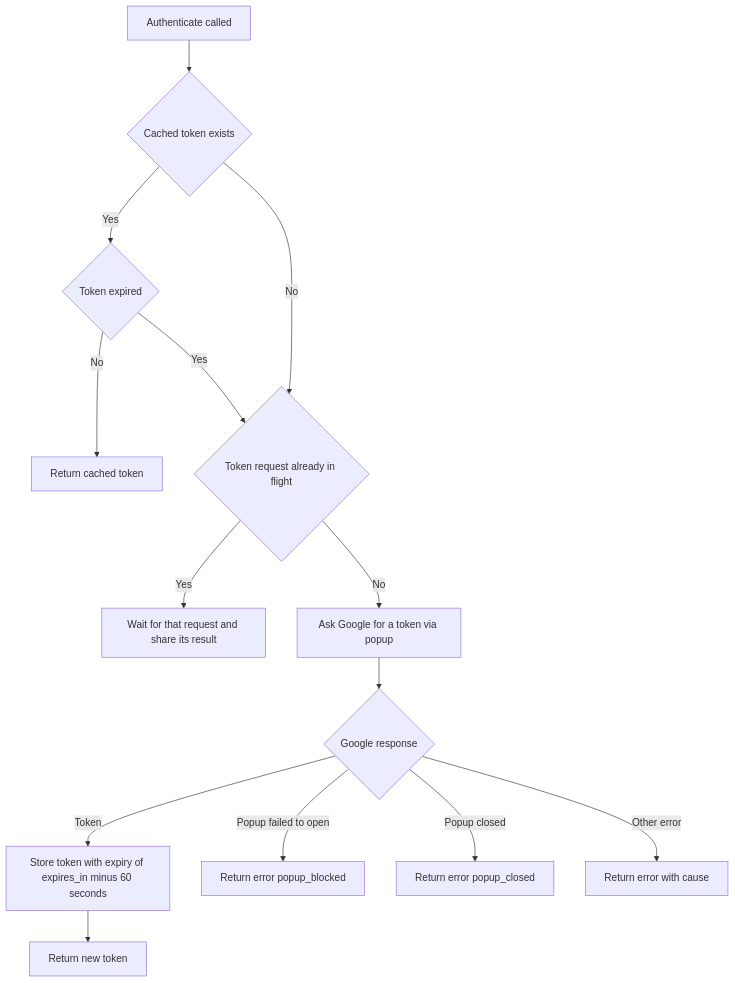
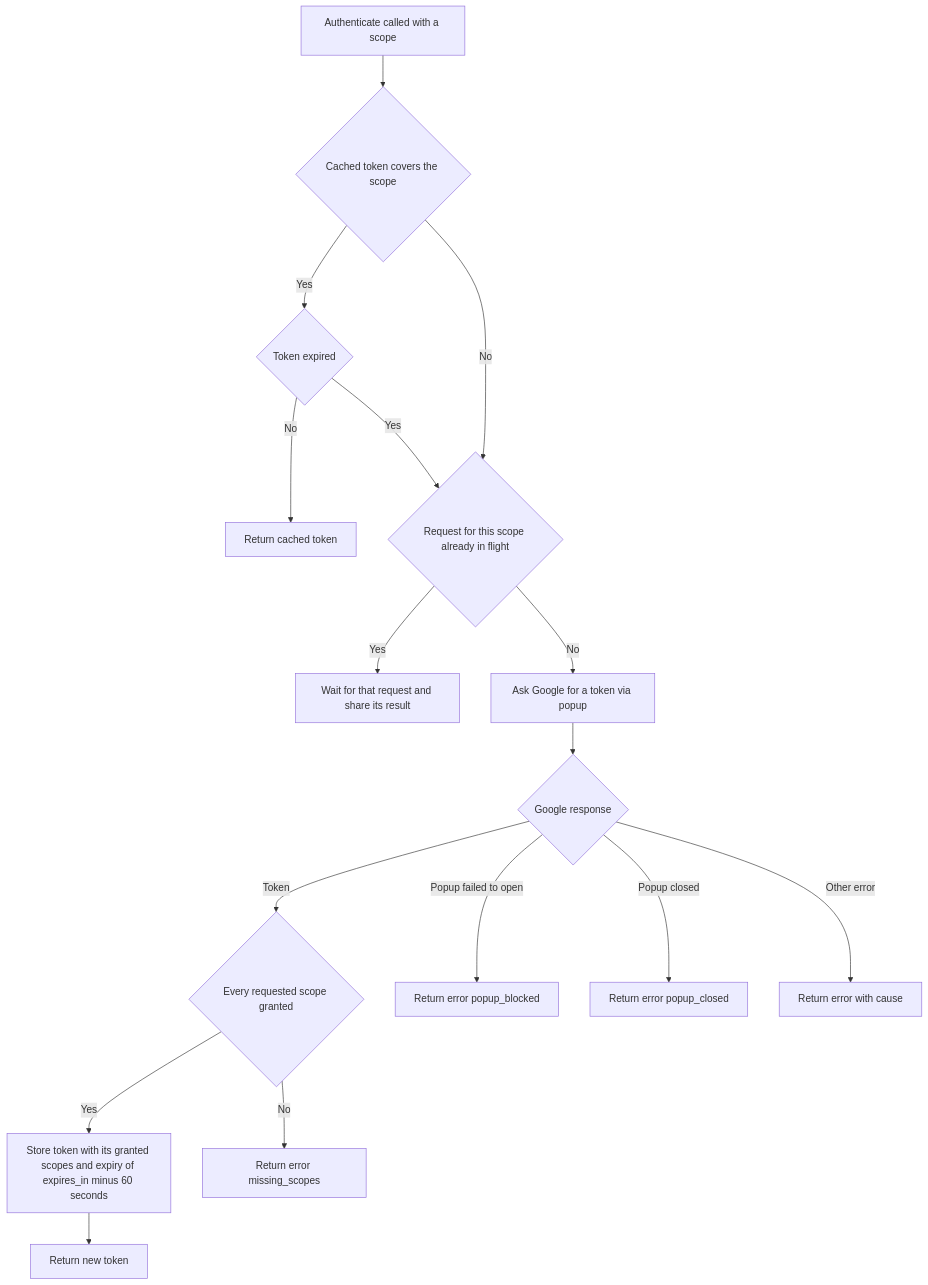
Before and after one commit to chromium-full-mirror/external_github.com_google_perfetto: the diagram in ui/src/plugins/dev.perfetto.GoogleDrive/README.md, drawn with Mermaid. The commit also changed other lines of this file and 6 other files, not shown here.

Commit message:
ui: Use hasGrantedAllScopes and move promptModal/alertModal to widgets/modal

````diff
--- a/ui/src/plugins/dev.perfetto.GoogleDrive/README.md
+++ b/ui/src/plugins/dev.perfetto.GoogleDrive/README.md
@@ -18,16 +18,18 @@
 ```mermaid
 graph TD
-    A[Authenticate called] --> B{Cached token exists}
+    A[Authenticate called with a scope] --> B{Cached token covers the scope}
     B -->|Yes| C{Token expired}
     C -->|No| D[Return cached token]
-    C -->|Yes| E{Token request already in flight}
+    C -->|Yes| E{Request for this scope already in flight}
     B -->|No| E
     E -->|Yes| F[Wait for that request and share its result]
     E -->|No| G[Ask Google for a token via popup]
     G --> H{Google response}
-    H -->|Token| I[Store token with expiry of expires_in minus 60 seconds]
+    H -->|Token| N{Every requested scope granted}
+    N -->|Yes| I[Store token with its granted scopes and expiry of expires_in minus 60 seconds]
     I --> J[Return new token]
+    N -->|No| O[Return error missing_scopes]
     H -->|Popup failed to open| K[Return error popup_blocked]
     H -->|Popup closed| L[Return error popup_closed]
     H -->|Other error| M[Return error with cause]
 ```
````
